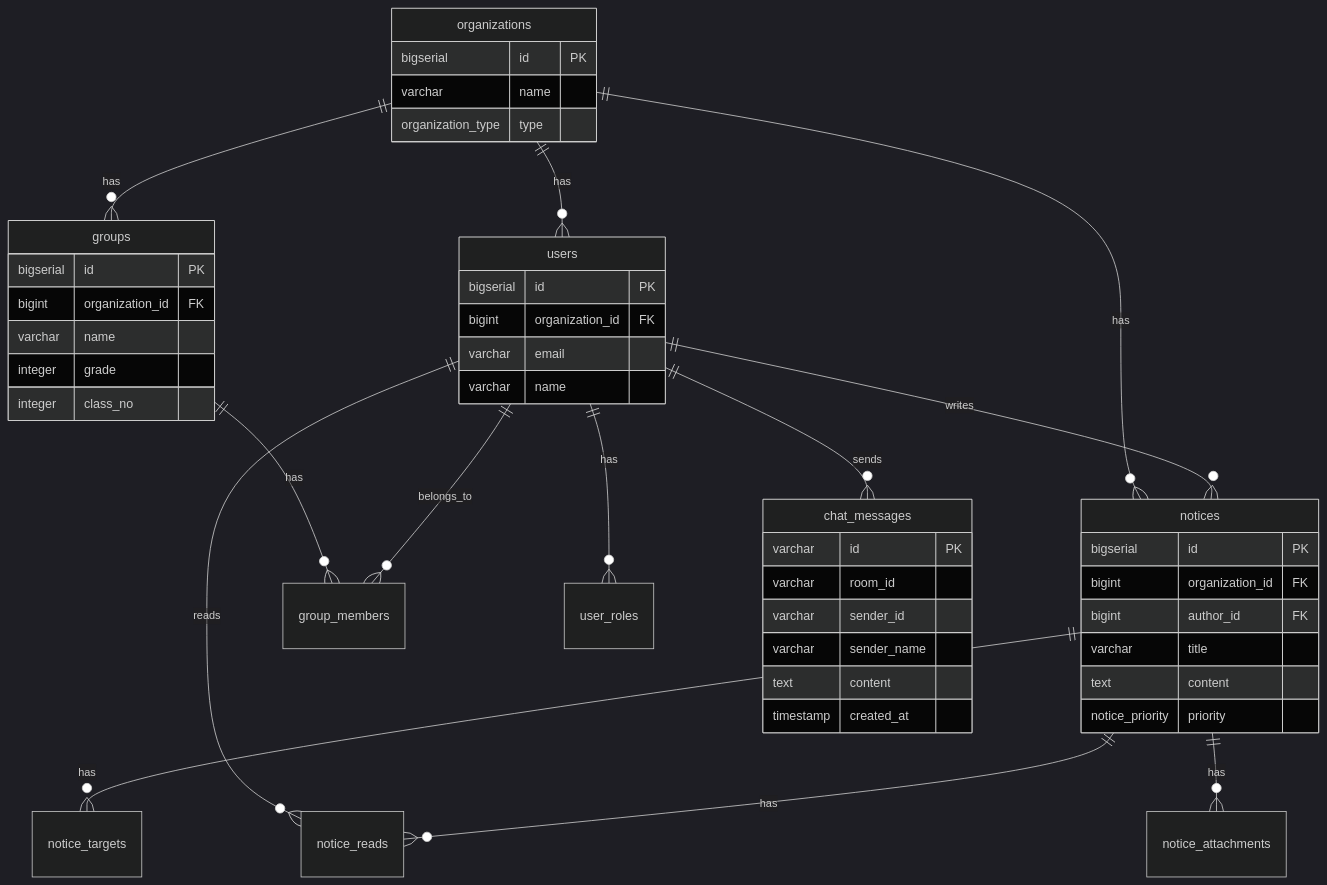
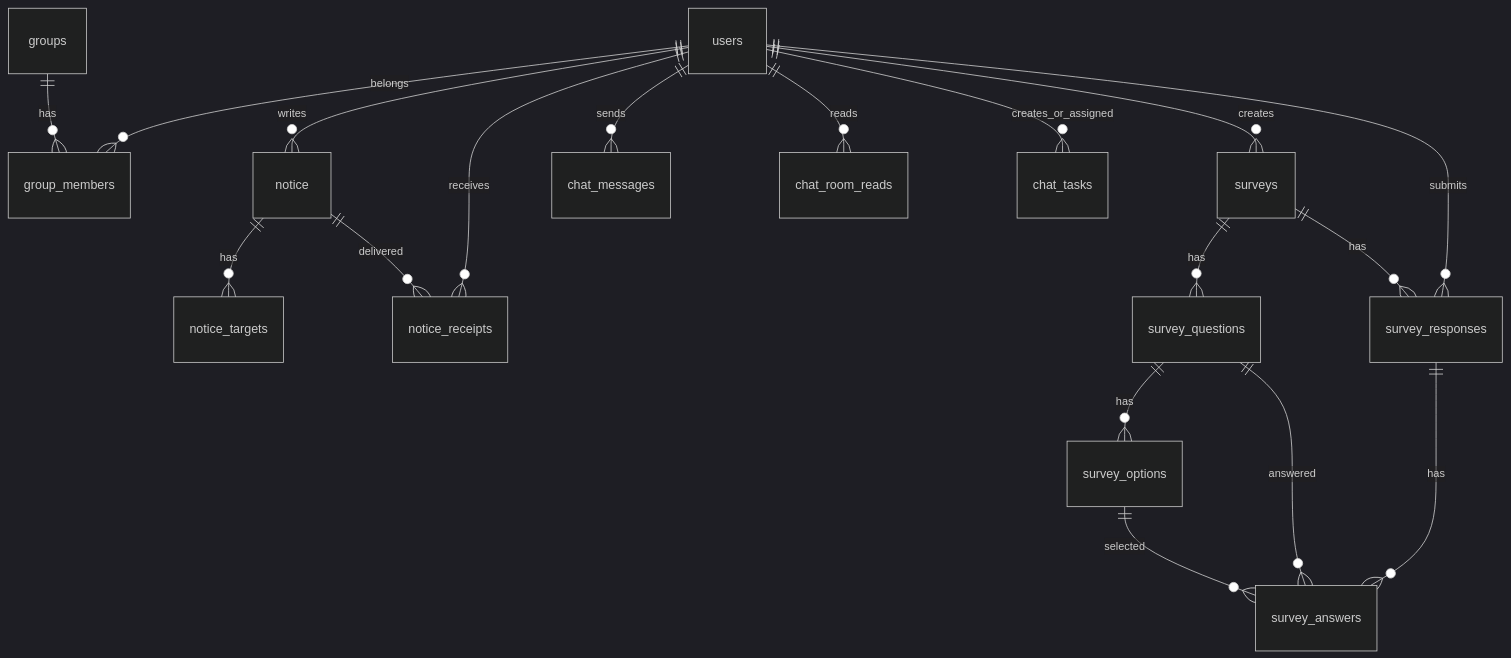
One commit to ssuukko/allimjang changed the diagram in README.md. Above: the diagram before and after it, drawn with Mermaid (dark theme). The commit also changed other lines of this file and 4 other files, not shown here.

````diff
--- a/README.md
+++ b/README.md
@@ -218,57 +53,23 @@
 ```mermaid
 erDiagram
-    organizations ||--o{ groups : "has"
-    organizations ||--o{ users : "has"
-    organizations ||--o{ notices : "has"
+    users ||--o{ group_members : belongs
+    groups ||--o{ group_members : has
 
-    groups ||--o{ group_members : "has"
+    users ||--o{ notice : writes
+    notice ||--o{ notice_targets : has
+    notice ||--o{ notice_receipts : delivered
+    users ||--o{ notice_receipts : receives
 
-    users ||--o{ user_roles : "has"
-    users ||--o{ group_members : "belongs_to"
-    users ||--o{ notices : "writes"
-    users ||--o{ notice_reads : "reads"
-    users ||--o{ chat_messages : "sends"
+    users ||--o{ chat_messages : sends
+    users ||--o{ chat_room_reads : reads
+    users ||--o{ chat_tasks : creates_or_assigned
 
-    notices ||--o{ notice_targets : "has"
-    notices ||--o{ notice_reads : "has"
-    notices ||--o{ notice_attachments : "has"
-
-    organizations {
-        bigserial id PK
-        varchar name
-        organization_type type
-    }
-
-    groups {
-        bigserial id PK
-        bigint organization_id FK
-        varchar name
-        integer grade
-        integer class_no
-    }
-
-    users {
-        bigserial id PK
-        bigint organization_id FK
-        varchar email
-        varchar name
-    }
-
-    notices {
-        bigserial id PK
-        bigint organization_id FK
-        bigint author_id FK
-        varchar title
-        text content
-        notice_priority priority
-    }
-
-    chat_messages {
-        varchar id PK
-        varchar room_id
-        varchar sender_id
-        varchar sender_name
-        text content
-        timestamp created_at
-    }
+    users ||--o{ surveys : creates
+    surveys ||--o{ survey_questions : has
+    survey_questions ||--o{ survey_options : has
+    surveys ||--o{ survey_responses : has
+    users ||--o{ survey_responses : submits
+    survey_responses ||--o{ survey_answers : has
+    survey_questions ||--o{ survey_answers : answered
+    survey_options ||--o{ survey_answers : selected
 ```
````
